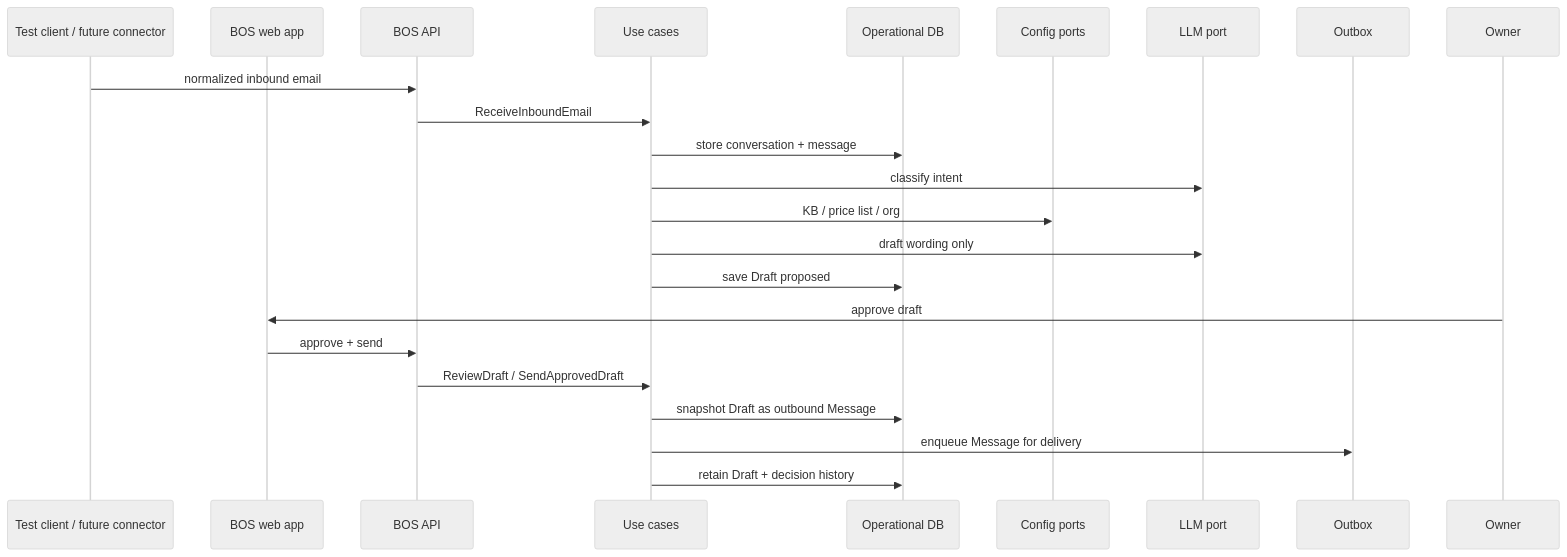
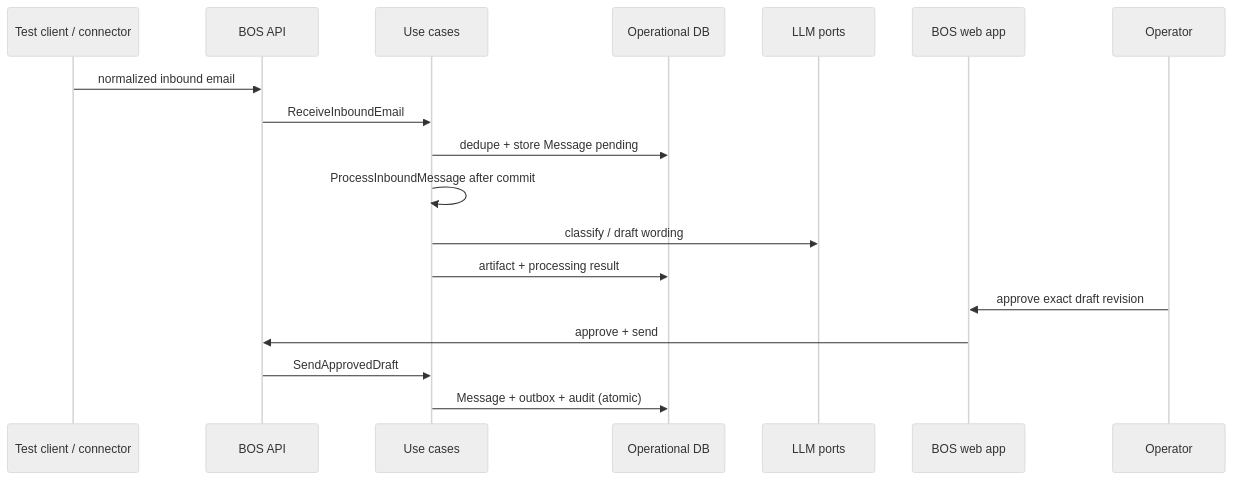
Before and after one commit to OwnStack-Digital/customer-desk: the second of 3 diagrams in docs/ARCHITECTURE.md, drawn with Mermaid (neutral theme). The commit also changed other lines of this file and 1 other file, not shown here.

Commit message:
docs: define implementation-ready BOS architecture

````diff
--- a/docs/ARCHITECTURE.md
+++ b/docs/ARCHITECTURE.md
@@ -79,26 +102,21 @@
 ```mermaid
 sequenceDiagram
-  participant Src as Test client / future connector
-  participant UI as BOS web app
+  participant Src as Test client / connector
   participant API as BOS API
   participant UC as Use cases
   participant DB as Operational DB
-  participant Cfg as Config ports
-  participant AI as LLM port
-  participant Ob as Outbox
-  participant Own as Owner
+  participant AI as LLM ports
+  participant UI as BOS web app
+  participant Op as Operator
 
   Src->>API: normalized inbound email
   API->>UC: ReceiveInboundEmail
-  UC->>DB: store conversation + message
-  UC->>AI: classify intent
-  UC->>Cfg: KB / price list / org
-  UC->>AI: draft wording only
-  UC->>DB: save Draft proposed
-  Own->>UI: approve draft
+  UC->>DB: dedupe + store Message pending
+  UC->>UC: ProcessInboundMessage after commit
+  UC->>AI: classify / draft wording
+  UC->>DB: artifact + processing result
+  Op->>UI: approve exact draft revision
   UI->>API: approve + send
-  API->>UC: ReviewDraft / SendApprovedDraft
-  UC->>DB: snapshot Draft as outbound Message
-  UC->>Ob: enqueue Message for delivery
-  UC->>DB: retain Draft + decision history
+  API->>UC: SendApprovedDraft
+  UC->>DB: Message + outbox + audit (atomic)
 ```
````
